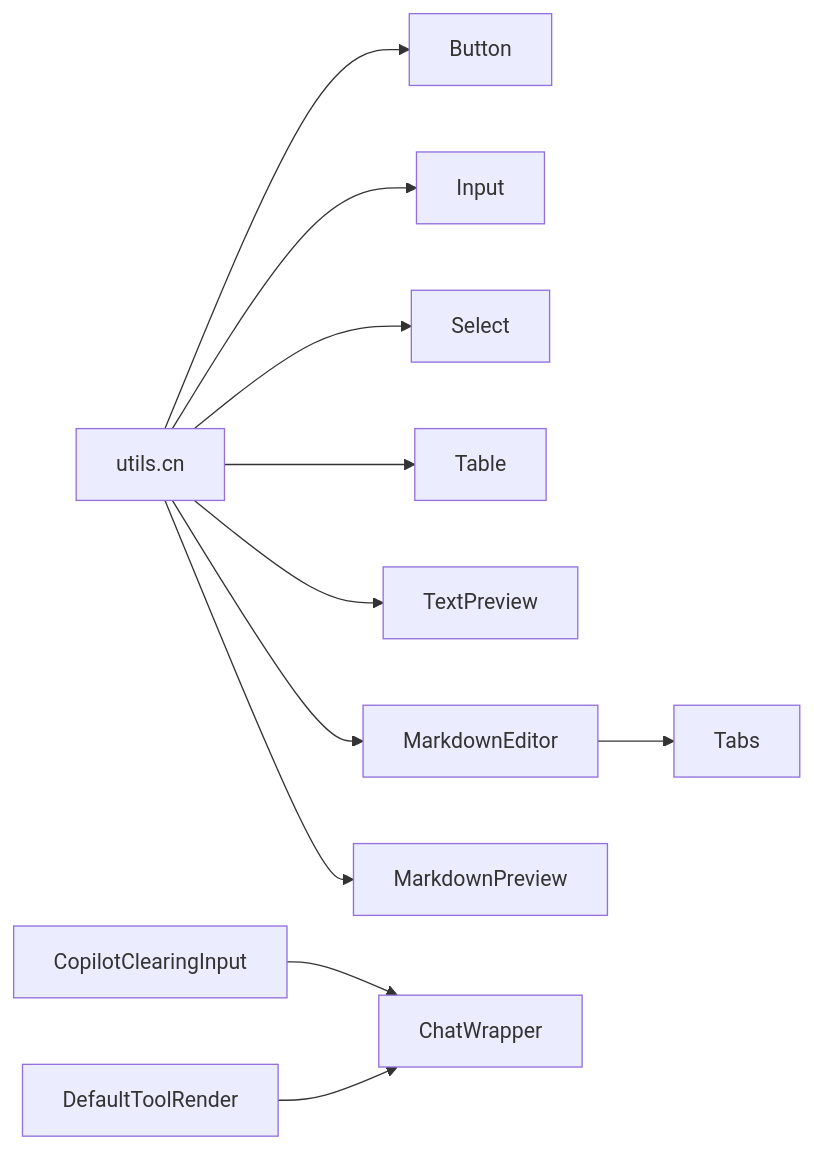
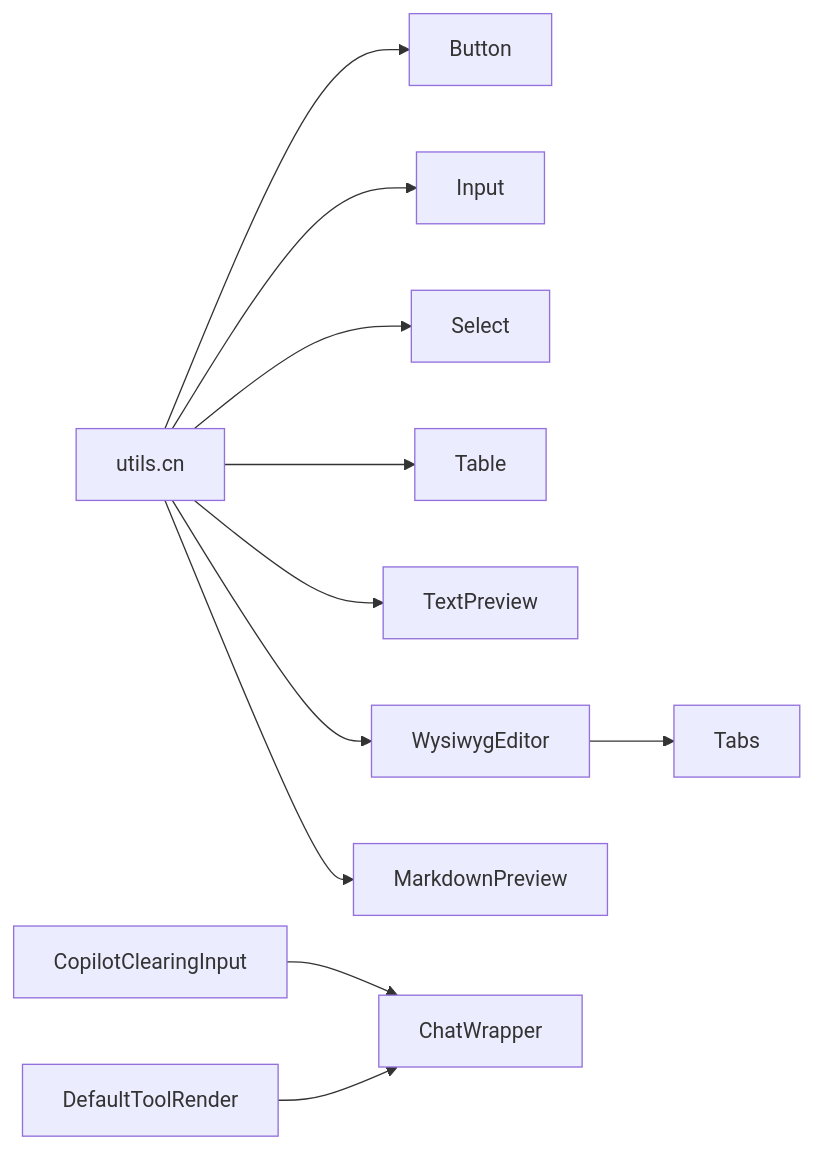
Before and after one commit to peixuanhu/goal-mate: diagram 17 of 17 in .qoder/repowiki/en/content/UI Components/UI Components.md, drawn with Mermaid. The commit also changed other lines of this file and 5 other files, not shown here.

First line of the commit message:
refactor(ui): replace MarkdownEditor with enhanced WysiwygEditor component

````diff
--- a/.qoder/repowiki/en/content/UI Components/UI Components.md
+++ b/.qoder/repowiki/en/content/UI Components/UI Components.md
@@ -777,13 +768,13 @@
 ```mermaid
 graph LR
 CN["utils.cn"] --> BTN["Button"]
 CN --> INP["Input"]
 CN --> SEL["Select"]
 CN --> TAB["Table"]
 CN --> TPV["TextPreview"]
-CN --> MED["MarkdownEditor"]
+CN --> WED["WysiwygEditor"]
 CN --> MPV["MarkdownPreview"]
 CI["CopilotClearingInput"] --> CW["ChatWrapper"]
 DTR["DefaultToolRender"] --> CW
-MED --> TBS["Tabs"]
+WED --> TB["Tabs"]
 ```
````
